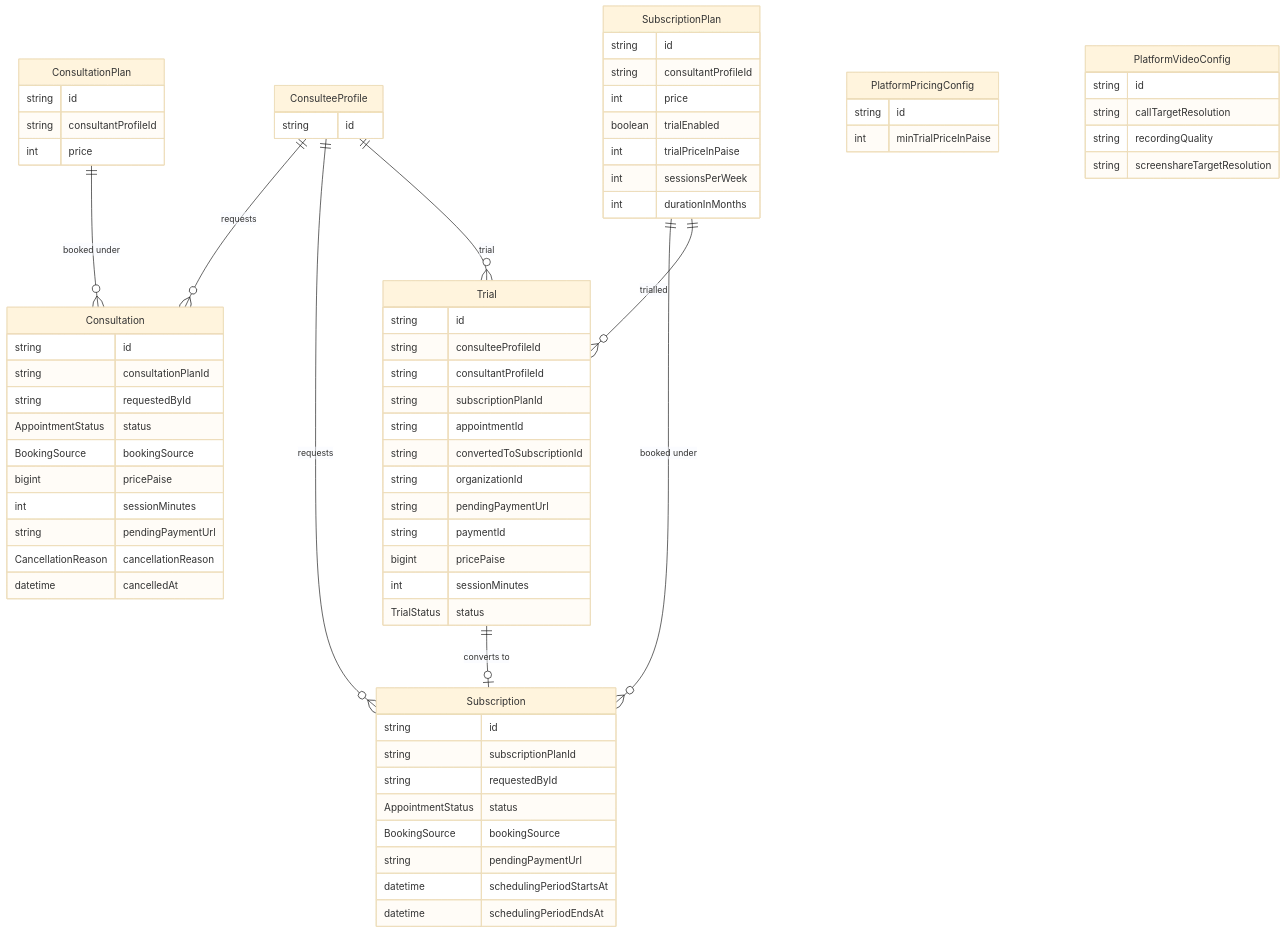
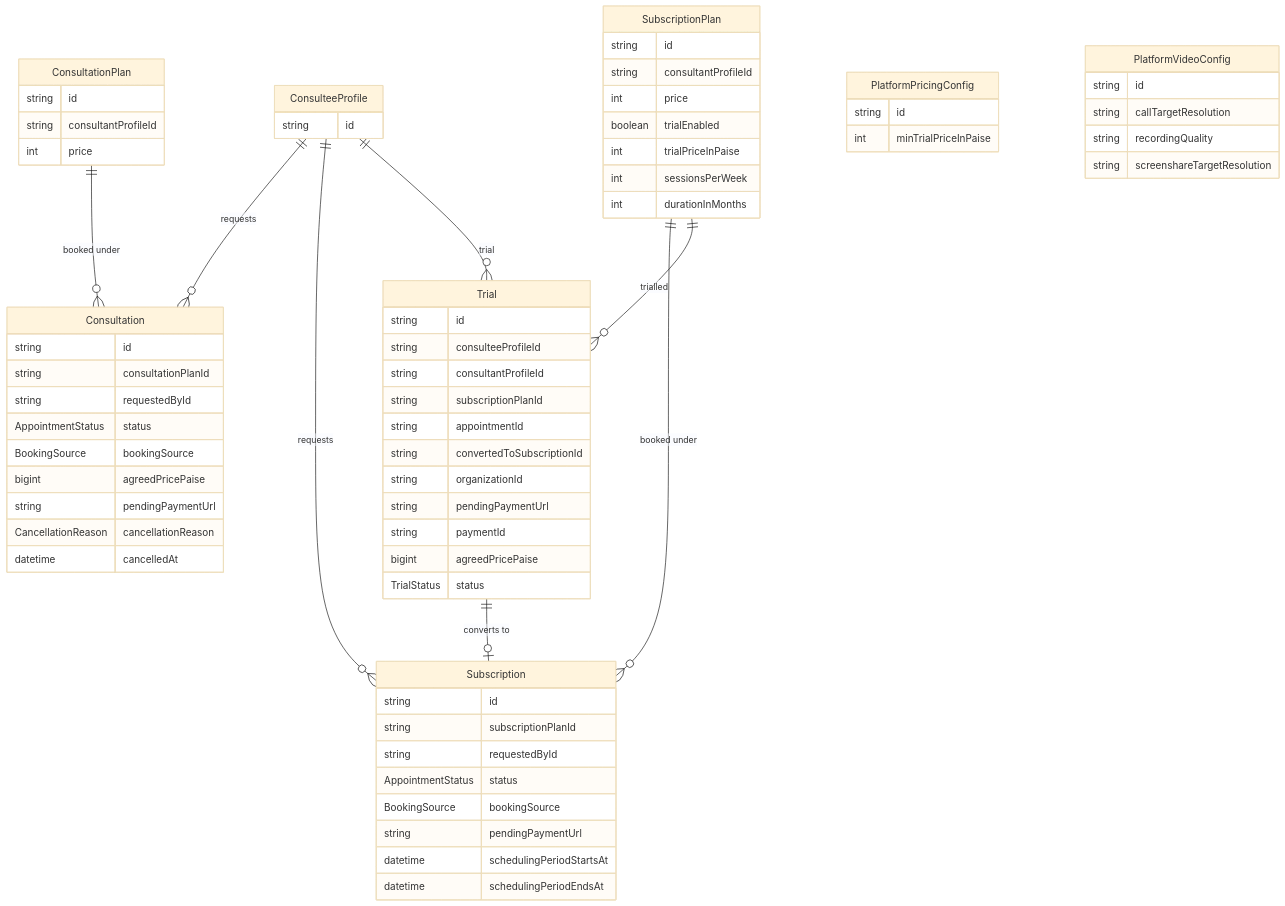
The ninth of 24 diagrams in docs/prisma/00-schema-map.md (Practitionist/familiarise_web), drawn with Mermaid (base theme) before and after one commit. The commit also changed other lines of this file and 13 other files, not shown here.

Commit message:
docs(booking): agreed price only, booked-session length, learner profile delete guard

````diff
--- a/docs/prisma/00-schema-map.md
+++ b/docs/prisma/00-schema-map.md
@@ -647,74 +647,72 @@
 ```mermaid
 erDiagram
     ConsulteeProfile {
         string id
     }
     ConsultationPlan {
         string id
         string consultantProfileId
         int price
     }
     Consultation {
         string id
         string consultationPlanId
         string requestedById
         AppointmentStatus status
         BookingSource bookingSource
-        bigint pricePaise
-        int sessionMinutes
+        bigint agreedPricePaise
         string pendingPaymentUrl
         CancellationReason cancellationReason
         datetime cancelledAt
     }
     SubscriptionPlan {
         string id
         string consultantProfileId
         int price
         boolean trialEnabled
         int trialPriceInPaise
         int sessionsPerWeek
         int durationInMonths
     }
     Subscription {
         string id
         string subscriptionPlanId
         string requestedById
         AppointmentStatus status
         BookingSource bookingSource
         string pendingPaymentUrl
         datetime schedulingPeriodStartsAt
         datetime schedulingPeriodEndsAt
     }
     Trial {
         string id
         string consulteeProfileId
         string consultantProfileId
         string subscriptionPlanId
         string appointmentId
         string convertedToSubscriptionId
         string organizationId
         string pendingPaymentUrl
         string paymentId
-        bigint pricePaise
-        int sessionMinutes
+        bigint agreedPricePaise
         TrialStatus status
     }
     PlatformPricingConfig {
         string id
         int minTrialPriceInPaise
     }
     PlatformVideoConfig {
         string id
         string callTargetResolution
         string recordingQuality
         string screenshareTargetResolution
     }
 
     ConsulteeProfile ||--o{ Consultation : "requests"
     ConsultationPlan ||--o{ Consultation : "booked under"
     ConsulteeProfile ||--o{ Subscription : "requests"
     SubscriptionPlan ||--o{ Subscription : "booked under"
     ConsulteeProfile ||--o{ Trial : "trial"
     SubscriptionPlan ||--o{ Trial : "trialled"
     Trial ||--o| Subscription : "converts to"
 ```
````
